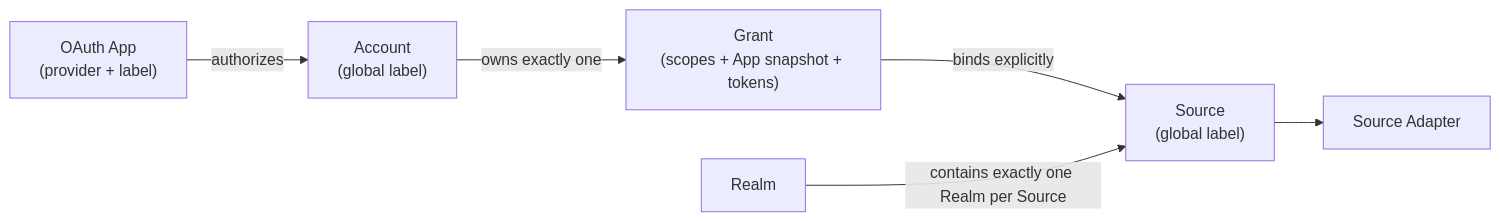
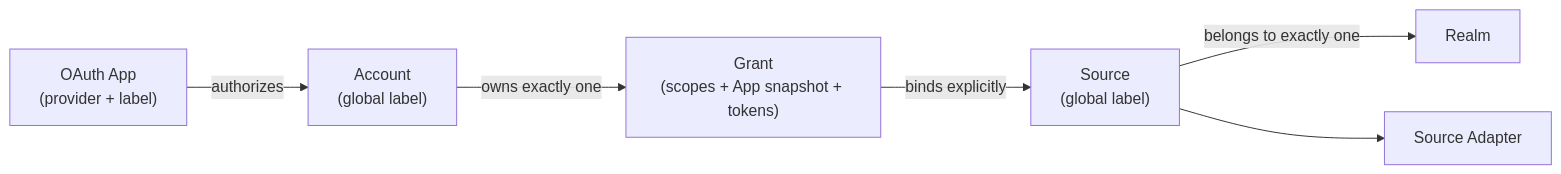
Before and after one commit to barisgit/ctxindex: the second of 3 diagrams in SYSTEM.md, drawn with Mermaid. The commit also changed other lines of this file and 22 other files, not shown here.

````diff
--- a/SYSTEM.md
+++ b/SYSTEM.md
@@ -146,8 +146,8 @@
 ```mermaid
 flowchart LR
   OA["OAuth App\n(provider + label)"] -- authorizes --> A["Account\n(global label)"]
   A -- owns exactly one --> G["Grant\n(scopes + App snapshot + tokens)"]
   G -- binds explicitly --> S["Source\n(global label)"]
-  R[Realm] -- contains exactly one Realm per Source --> S
+  S -- belongs to exactly one --> R[Realm]
   S --> AD[Source Adapter]
 ```
````
